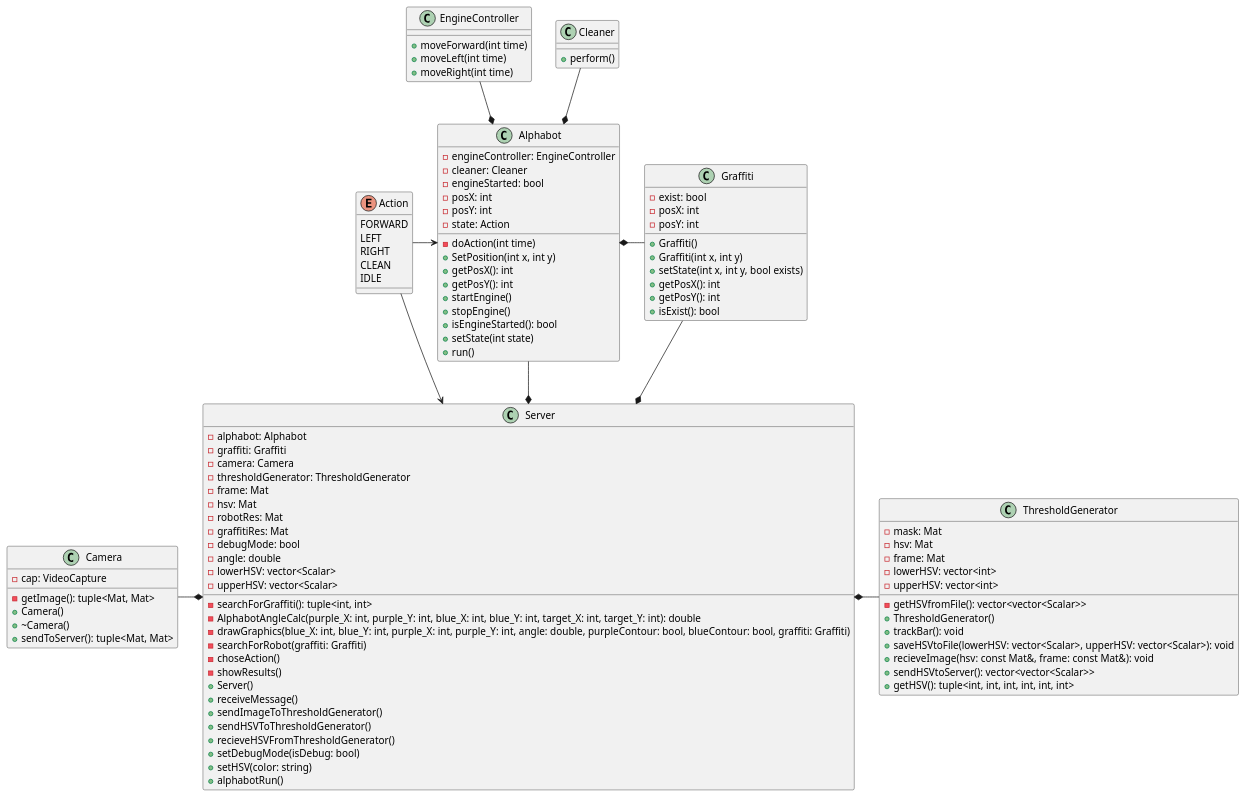
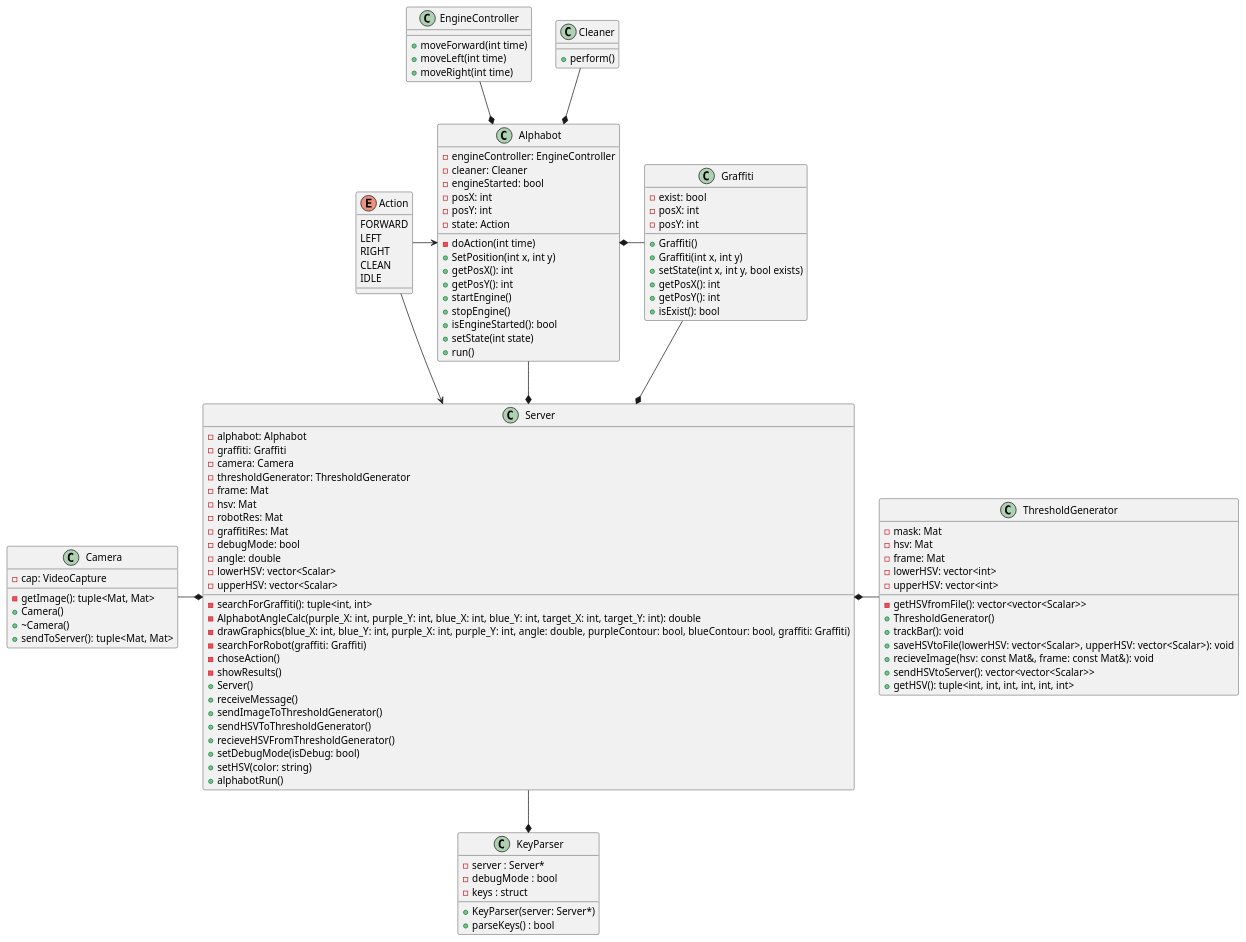
One commit to kolganovr/Alphabot changed the diagram in plantUML.wsd. Above: the diagram before and after it, drawn with PlantUML. The commit also changed 1 other file, not shown here.

Commit message:
update diagrams

```diff
--- a/plantUML.wsd
+++ b/plantUML.wsd
@@ -1,112 +1,121 @@
 @startuml Alphabot
 
 enum Action {
     FORWARD
     LEFT
     RIGHT
     CLEAN
     IDLE
 }
 
 class EngineController {
     + moveForward(int time)
     + moveLeft(int time)
     + moveRight(int time)
 }
 
 class Cleaner {
     + perform()
 }
 
 class Camera {
     - cap: VideoCapture
     - getImage(): tuple<Mat, Mat>
     + Camera()
     + ~Camera()
     + sendToServer(): tuple<Mat, Mat>
 }
 
 class Graffiti {
     - exist: bool
     - posX: int
     - posY: int
     + Graffiti()
     + Graffiti(int x, int y)
     + setState(int x, int y, bool exists)
     + getPosX(): int
     + getPosY(): int
     + isExist(): bool
 }
 
 class Alphabot {
     - engineController: EngineController
     - cleaner: Cleaner
     - engineStarted: bool
     - posX: int
     - posY: int
     - state: Action
     - doAction(int time)
     + SetPosition(int x, int y)
     + getPosX(): int
     + getPosY(): int
     + startEngine()
     + stopEngine()
     + isEngineStarted(): bool
     + setState(int state)
     + run()
 }
 
 class ThresholdGenerator {
     - mask: Mat
     - hsv: Mat
     - frame: Mat
     - lowerHSV: vector<int>
     - upperHSV: vector<int>
     - getHSVfromFile(): vector<vector<Scalar>>
     + ThresholdGenerator()
     + trackBar(): void
     + saveHSVtoFile(lowerHSV: vector<Scalar>, upperHSV: vector<Scalar>): void
     + recieveImage(hsv: const Mat&, frame: const Mat&): void
     + sendHSVtoServer(): vector<vector<Scalar>>
     + getHSV(): tuple<int, int, int, int, int, int>
 }
 
 class Server {
 - alphabot: Alphabot
 - graffiti: Graffiti
 - camera: Camera
 - thresholdGenerator: ThresholdGenerator
 - frame: Mat
 - hsv: Mat
 - robotRes: Mat
 - graffitiRes: Mat
 - debugMode: bool
 - angle: double
 - lowerHSV: vector<Scalar>
 - upperHSV: vector<Scalar>
 - searchForGraffiti(): tuple<int, int>
 - AlphabotAngleCalc(purple_X: int, purple_Y: int, blue_X: int, blue_Y: int, target_X: int, target_Y: int): double
 - drawGraphics(blue_X: int, blue_Y: int, purple_X: int, purple_Y: int, angle: double, purpleContour: bool, blueContour: bool, graffiti: Graffiti)
 - searchForRobot(graffiti: Graffiti)
 - choseAction()
 - showResults()
 + Server()
 + receiveMessage()
 + sendImageToThresholdGenerator()
 + sendHSVToThresholdGenerator()
 + recieveHSVFromThresholdGenerator()
 + setDebugMode(isDebug: bool)
 + setHSV(color: string)
 + alphabotRun()
 }
 
+class KeyParser {
+    -server : Server*
+    -debugMode : bool
+    -keys : struct
+    +KeyParser(server: Server*)
+    +parseKeys() : bool
+}
+
 EngineController --* Alphabot
 Cleaner --* Alphabot
 Alphabot *- Graffiti
 Action -> Alphabot
 Action --> Server
 Graffiti --* Server
 Server *- ThresholdGenerator
 Camera -* Server
 Alphabot --* Server
+Server --* KeyParser
 @enduml
```
